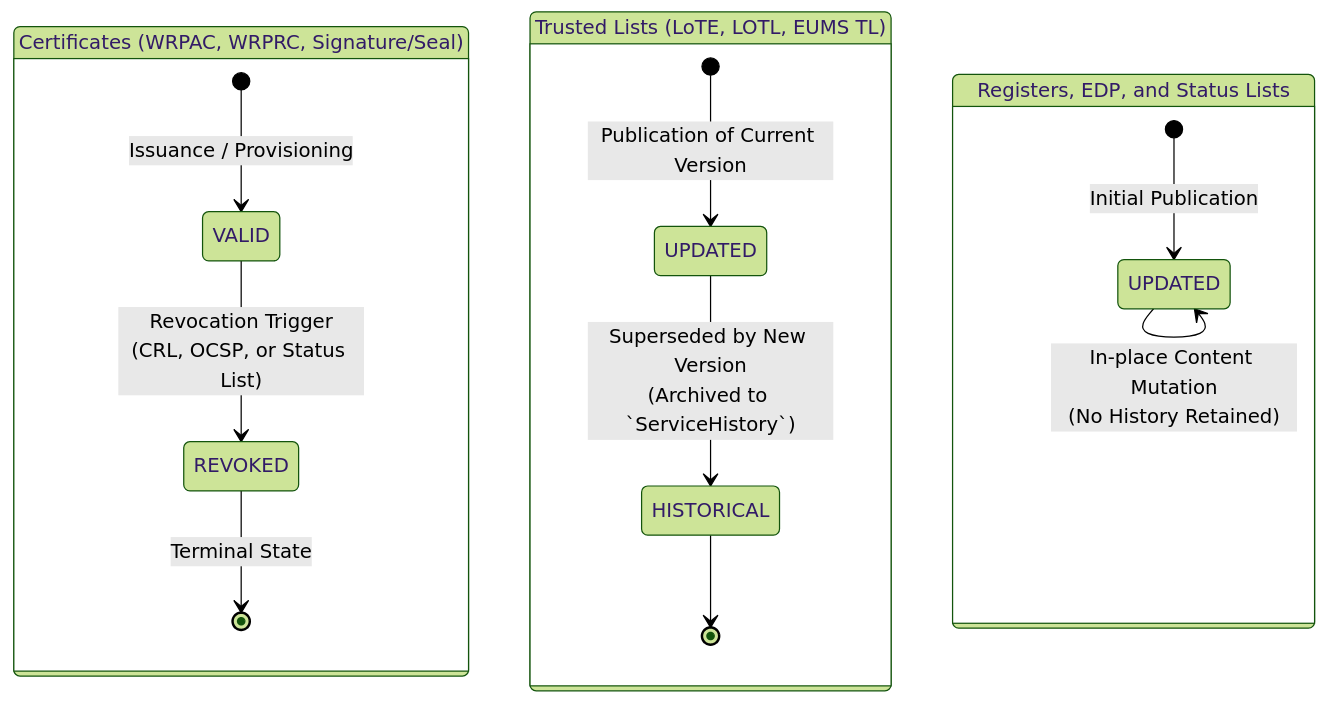
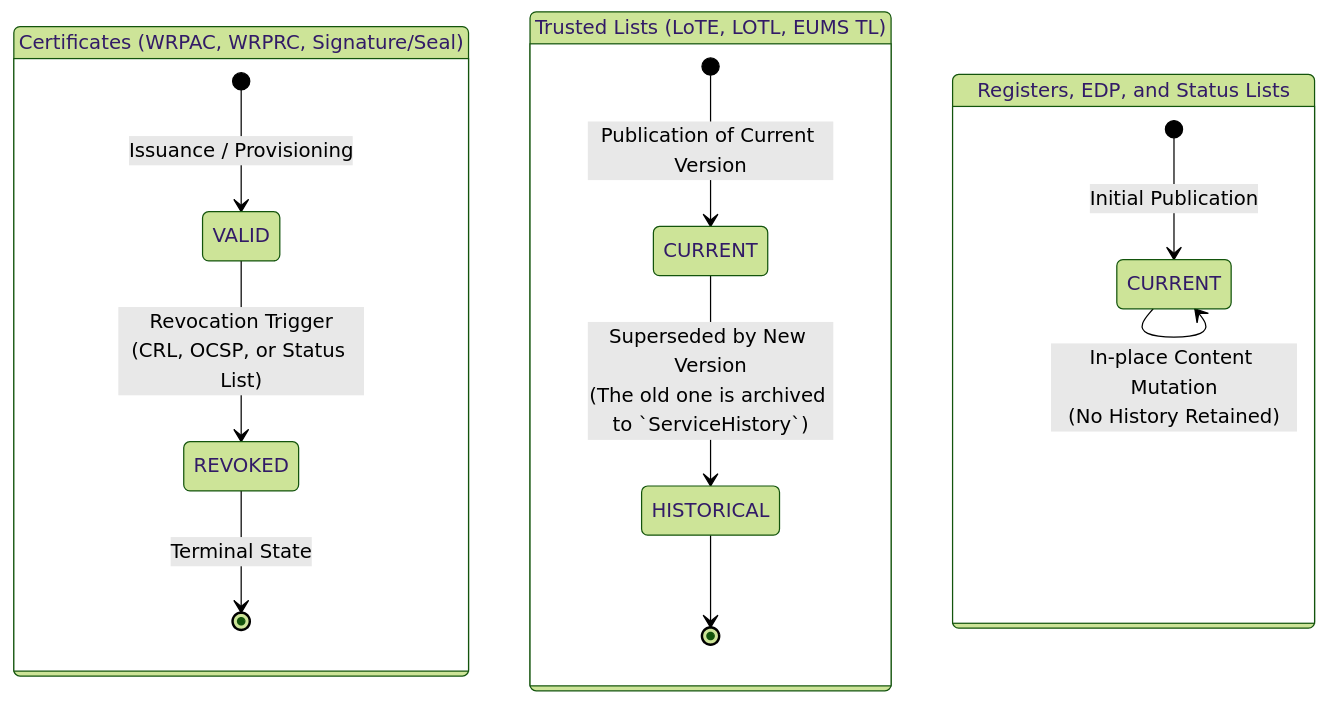
The fifth of 5 diagrams in docs/topics/trust-management-process.md (APTITUDE-Consortium/wp2-trust-specifications), drawn with Mermaid (forest theme) before and after one commit. The commit also changed other lines of this file, not shown here.

````diff
--- a/docs/topics/trust-management-process.md
+++ b/docs/topics/trust-management-process.md
@@ -337,29 +354,29 @@
 ```mermaid
 stateDiagram-v2
     %% Define Layout Orientation
     direction TB
 
     %% 1. Certificates Lifecycle Group
     state "Certificates (WRPAC, WRPRC, Signature/Seal)" as CertGroup {
         [*] --> VALID : Issuance / Provisioning
         VALID --> REVOKED : Revocation Trigger<br>(CRL, OCSP, or Status List)
         REVOKED --> [*] : Terminal State
     }
 
     %% 2. Trusted Lists Lifecycle Group
     state "Trusted Lists (LoTE, LOTL, EUMS TL)" as TLGroup {
-        [*] --> TL_UPDATED : Publication of Current Version
-        state "UPDATED" as TL_UPDATED
+        [*] --> TL_CURRENT : Publication of Current Version
+        state "CURRENT" as TL_CURRENT
         
-        TL_UPDATED --> HISTORICAL : Superseded by New Version<br>(Archived to `ServiceHistory`)
+        TL_CURRENT --> HISTORICAL : Superseded by New Version<br>(The old one is archived to `ServiceHistory`)
         HISTORICAL --> [*]
     }
 
     %% 3. Registers, EDP, and Status Lists Lifecycle Group
     state "Registers, EDP, and Status Lists" as RegGroup {
-        [*] --> REG_UPDATED : Initial Publication
-        state "UPDATED" as REG_UPDATED
+        [*] --> REG_CURRENT : Initial Publication
+        state "CURRENT" as REG_CURRENT
         
-        REG_UPDATED --> REG_UPDATED : In-place Content Mutation<br>(No History Retained)
+        REG_CURRENT --> REG_CURRENT : In-place Content Mutation<br>(No History Retained)
     }
 ```
````
